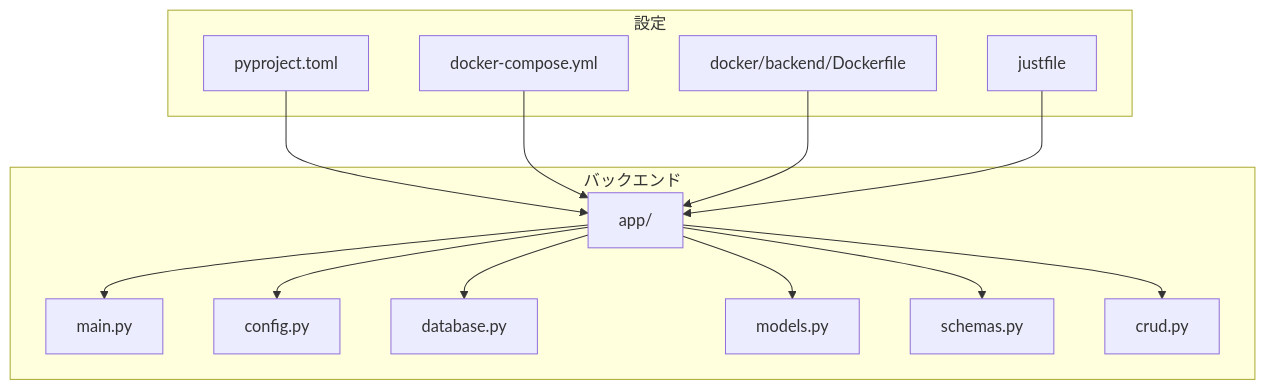
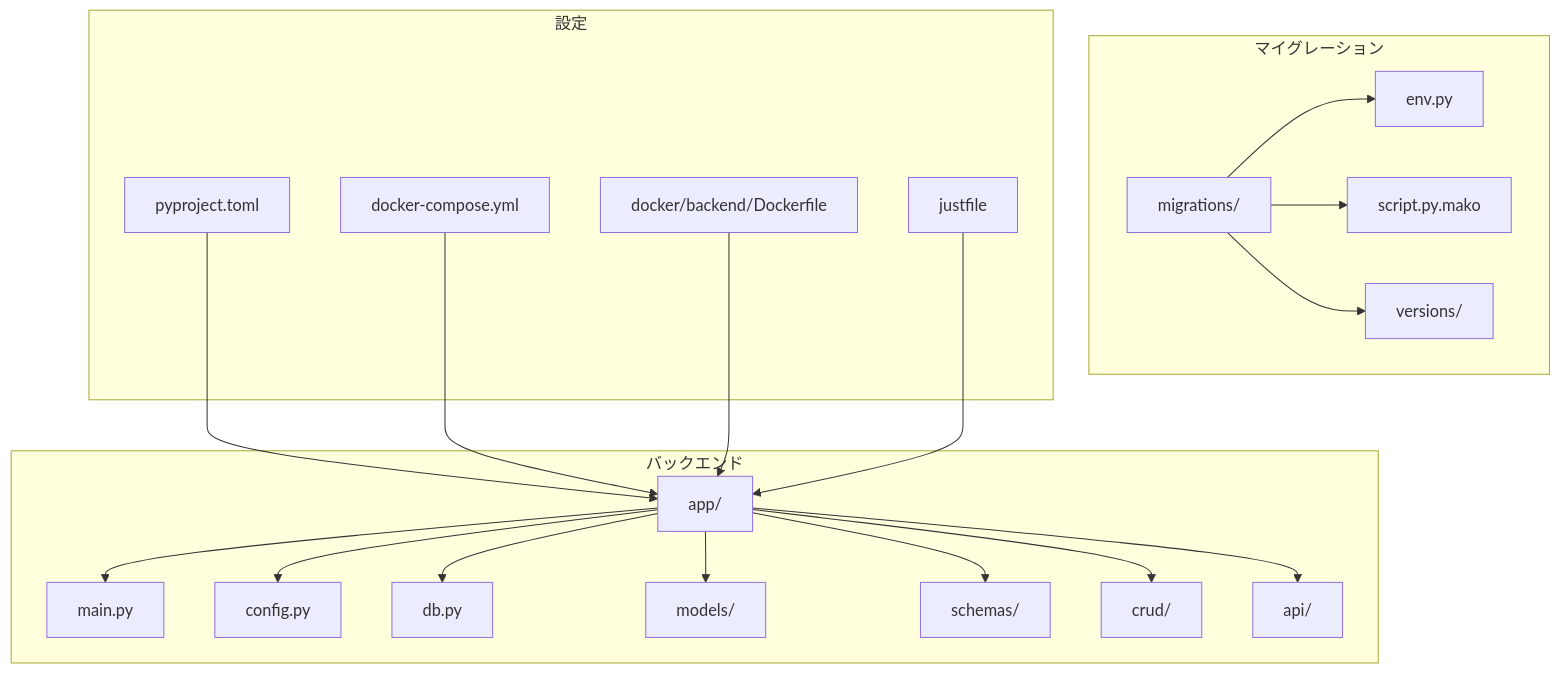
The first of 3 diagrams in .qoder/repowiki/ja/content/バックエンド開発.md (ss8806/Todos), drawn with Mermaid before and after one commit. The commit also changed other lines of this file and 11 other files, not shown here.

````diff
--- a/.qoder/repowiki/ja/content/バックエンド開発.md
+++ b/.qoder/repowiki/ja/content/バックエンド開発.md
@@ -52,28 +73,39 @@
 ```mermaid
 graph TB
 subgraph "バックエンド"
 APP["app/"]
 MAIN["main.py"]
 CONFIG["config.py"]
-DBMOD["database.py"]
-MODELS["models.py"]
-SCHEMAS["schemas.py"]
-CRUD["crud.py"]
+DBMOD["db.py"]
+MODELS["models/"]
+SCHEMAS["schemas/"]
+CRUD["crud/"]
+API["api/"]
+end
+subgraph "マイグレーション"
+MIGRATIONS["migrations/"]
+ENV["env.py"]
+SCRIPT["script.py.mako"]
+VERSIONS["versions/"]
 end
 subgraph "設定"
 PYPROJECT["pyproject.toml"]
 DOCKERCOMPOSE["docker-compose.yml"]
 DOCKERFILE["docker/backend/Dockerfile"]
 JUST["justfile"]
 end
 APP --> MAIN
 APP --> CONFIG
 APP --> DBMOD
 APP --> MODELS
 APP --> SCHEMAS
 APP --> CRUD
+APP --> API
+MIGRATIONS --> ENV
+MIGRATIONS --> SCRIPT
+MIGRATIONS --> VERSIONS
 PYPROJECT --> APP
 DOCKERCOMPOSE --> APP
 DOCKERFILE --> APP
 JUST --> APP
 ```
````
